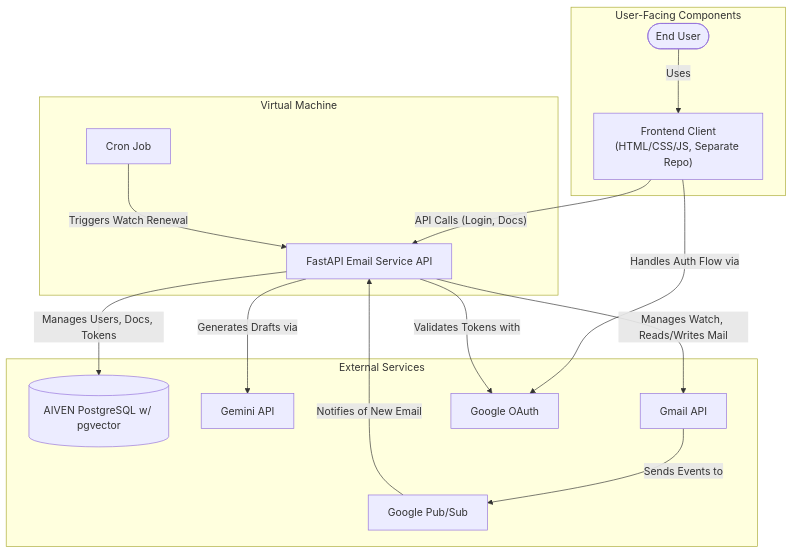
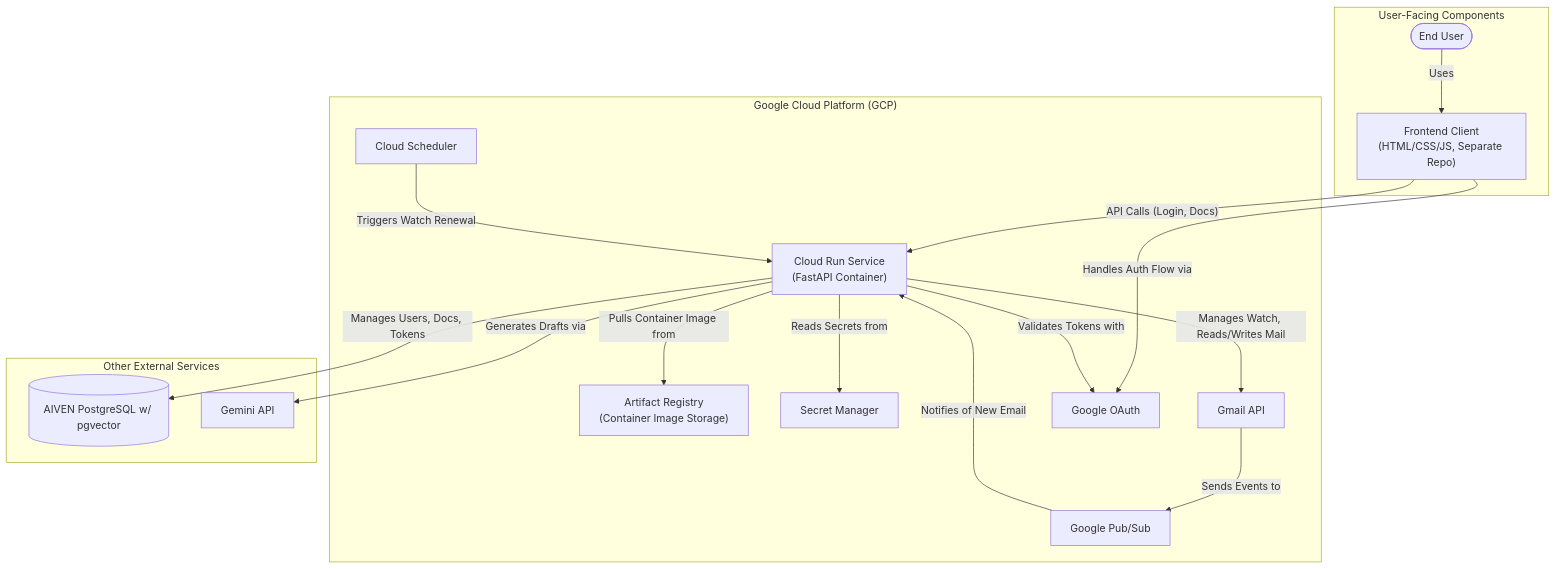
One commit to tgrozenski/agent_email changed the diagram in architecture.md. Above: the diagram before and after it, drawn with Mermaid. The commit also changed other lines of this file and 10 other files, not shown here.

````diff
--- a/architecture.md
+++ b/architecture.md
@@ -5,35 +5,39 @@
 ```mermaid
 graph TD
     subgraph "User-Facing Components"
         User([End User])
         FrontendClient["Frontend Client\n(HTML/CSS/JS, Separate Repo)"]
     end
 
-    subgraph "Virtual Machine"
-        EmailService["FastAPI Email Service API"]
-        CronJob["Cron Job"]
+    subgraph "Google Cloud Platform (GCP)"
+        CloudRun["Cloud Run Service\n(FastAPI Container)"]
+        Scheduler["Cloud Scheduler"]
+        ArtifactRegistry["Artifact Registry\n(Container Image Storage)"]
+        SecretManager["Secret Manager"]
+        PubSub["Google Pub/Sub"]
+        GmailAPI["Gmail API"]
+        OAuth["Google OAuth"]
     end
 
-    subgraph "External Services"
+    subgraph "Other External Services"
         AivenDB[("AIVEN PostgreSQL w/ pgvector")]
         Gemini["Gemini API"]
-        GmailAPI["Gmail API"]
-        PubSub["Google Pub/Sub"]
-        OAuth["Google OAuth"]
     end
 
     %% --- High-Level Relationships ---
 
     User -- "Uses" --> FrontendClient
-    FrontendClient -- "API Calls (Login, Docs)" --> EmailService
+    FrontendClient -- "API Calls (Login, Docs)" --> CloudRun
     FrontendClient -- "Handles Auth Flow via" --> OAuth
 
-    EmailService -- "Validates Tokens with" --> OAuth
-    EmailService -- "Manages Users, Docs, Tokens" --> AivenDB
-    EmailService -- "Manages Watch, Reads/Writes Mail" --> GmailAPI
-    EmailService -- "Generates Drafts via" --> Gemini
+    CloudRun -- "Reads Secrets from" --> SecretManager
+    CloudRun -- "Pulls Container Image from" --> ArtifactRegistry
+    CloudRun -- "Validates Tokens with" --> OAuth
+    CloudRun -- "Manages Users, Docs, Tokens" --> AivenDB
+    CloudRun -- "Manages Watch, Reads/Writes Mail" --> GmailAPI
+    CloudRun -- "Generates Drafts via" --> Gemini
 
-    CronJob -- "Triggers Watch Renewal" --> EmailService
-    PubSub -- "Notifies of New Email" --> EmailService
+    Scheduler -- "Triggers Watch Renewal" --> CloudRun
+    PubSub -- "Notifies of New Email" --> CloudRun
     GmailAPI -- "Sends Events to" --> PubSub
 ```
````
